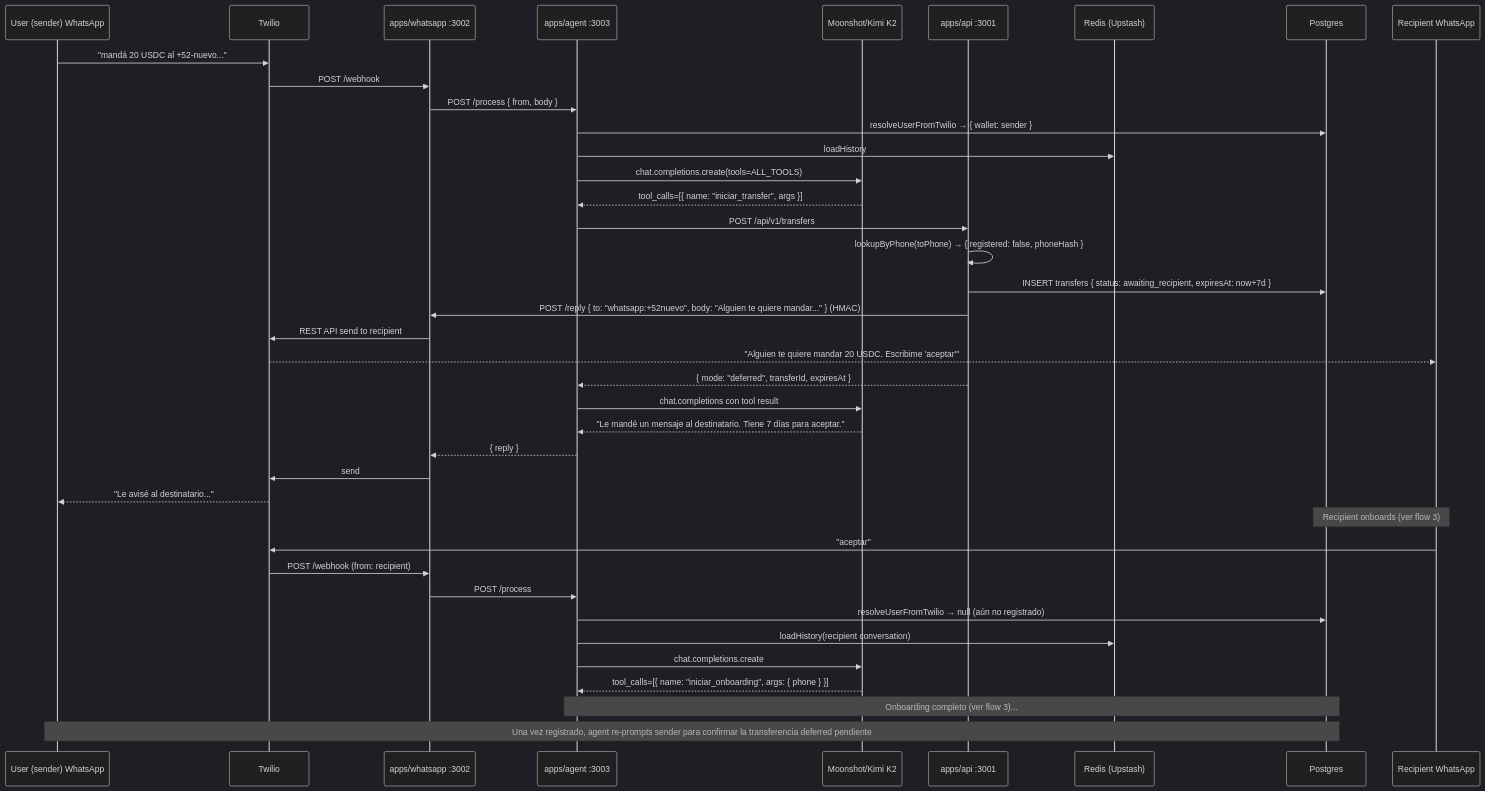
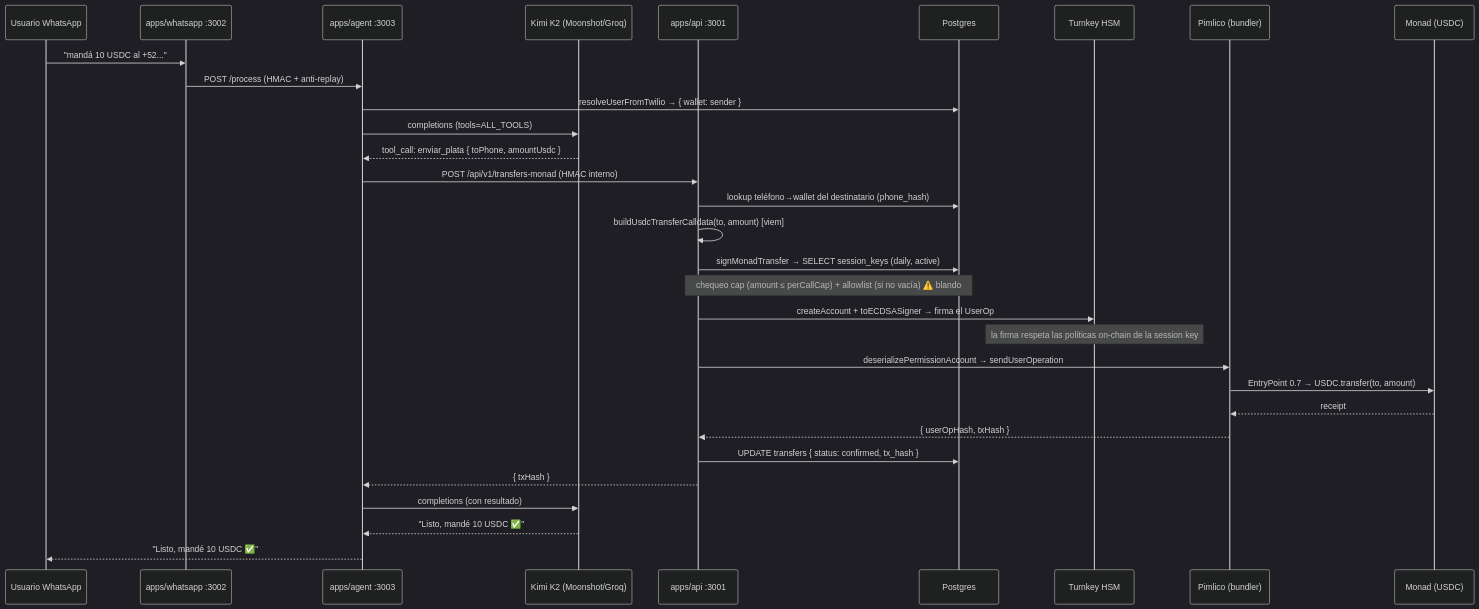
Before and after one commit to Firrton/comadre: the second of 9 diagrams in docs/FLOWS.md, drawn with Mermaid (dark theme). The commit also changed other lines of this file and 1 other file, not shown here.

Commit message:
docs: rewrite FLOWS to Monad/Turnkey/ZeroDev flows + CHECKLIST status banner

````diff
--- a/docs/FLOWS.md
+++ b/docs/FLOWS.md
@@ -127,44 +137,34 @@
 ```mermaid
 sequenceDiagram
-  participant U as User (sender) WhatsApp
-  participant TW as Twilio
+  participant U as Usuario WhatsApp
   participant W as apps/whatsapp :3002
   participant A as apps/agent :3003
-  participant K as Moonshot/Kimi K2
+  participant K as Kimi K2 (Moonshot/Groq)
   participant API as apps/api :3001
-  participant R as Redis (Upstash)
   participant DB as Postgres
-  participant REC as Recipient WhatsApp
+  participant TK as Turnkey HSM
+  participant PIM as Pimlico (bundler)
+  participant MON as Monad (USDC)
 
-  U->>TW: "mandá 20 USDC al +52-nuevo..."
-  TW->>W: POST /webhook
-  W->>A: POST /process { from, body }
+  U->>W: "mandá 10 USDC al +52..."
+  W->>A: POST /process (HMAC + anti-replay)
   A->>DB: resolveUserFromTwilio → { wallet: sender }
-  A->>R: loadHistory
-  A->>K: chat.completions.create(tools=ALL_TOOLS)
-  K-->>A: tool_calls=[{ name: "iniciar_transfer", args }]
-  A->>API: POST /api/v1/transfers
-  API->>API: lookupByPhone(toPhone) → { registered: false, phoneHash }
-  API->>DB: INSERT transfers { status: awaiting_recipient, expiresAt: now+7d }
-  API->>W: POST /reply { to: "whatsapp:+52nuevo", body: "Alguien te quiere mandar..." } (HMAC)
-  W->>TW: REST API send to recipient
-  TW-->>REC: "Alguien te quiere mandar 20 USDC. Escribime 'aceptar'"
-  API-->>A: { mode: "deferred", transferId, expiresAt }
-  A->>K: chat.completions con tool result
-  K-->>A: "Le mandé un mensaje al destinatario. Tiene 7 días para aceptar."
-  A-->>W: { reply }
-  W->>TW: send
-  TW-->>U: "Le avisé al destinatario..."
-
-  Note over REC,DB: Recipient onboards (ver flow 3)
-
-  REC->>TW: "aceptar"
-  TW->>W: POST /webhook (from: recipient)
-  W->>A: POST /process
-  A->>DB: resolveUserFromTwilio → null (aún no registrado)
-  A->>R: loadHistory(recipient conversation)
-  A->>K: chat.completions.create
-  K-->>A: tool_calls=[{ name: "iniciar_onboarding", args: { phone } }]
-  Note over A,DB: Onboarding completo (ver flow 3)...
-  Note over U,DB: Una vez registrado, agent re-prompts sender para confirmar la transferencia deferred pendiente
+  A->>K: completions (tools=ALL_TOOLS)
+  K-->>A: tool_call: enviar_plata { toPhone, amountUsdc }
+  A->>API: POST /api/v1/transfers-monad (HMAC interno)
+  API->>DB: lookup teléfono→wallet del destinatario (phone_hash)
+  API->>API: buildUsdcTransferCalldata(to, amount)  [viem]
+  API->>DB: signMonadTransfer → SELECT session_keys (daily, active)
+  Note over API,DB: chequeo cap (amount ≤ perCallCap) + allowlist (si no vacía) ⚠️ blando
+  API->>TK: createAccount + toECDSASigner → firma el UserOp
+  Note over TK: la firma respeta las políticas on-chain de la session key
+  API->>PIM: deserializePermissionAccount → sendUserOperation
+  PIM->>MON: EntryPoint 0.7 → USDC.transfer(to, amount)
+  MON-->>PIM: receipt
+  PIM-->>API: { userOpHash, txHash }
+  API->>DB: UPDATE transfers { status: confirmed, tx_hash }
+  API-->>A: { txHash }
+  A->>K: completions (con resultado)
+  K-->>A: "Listo, mandé 10 USDC ✅"
+  A-->>U: "Listo, mandé 10 USDC ✅"
 ```
````
